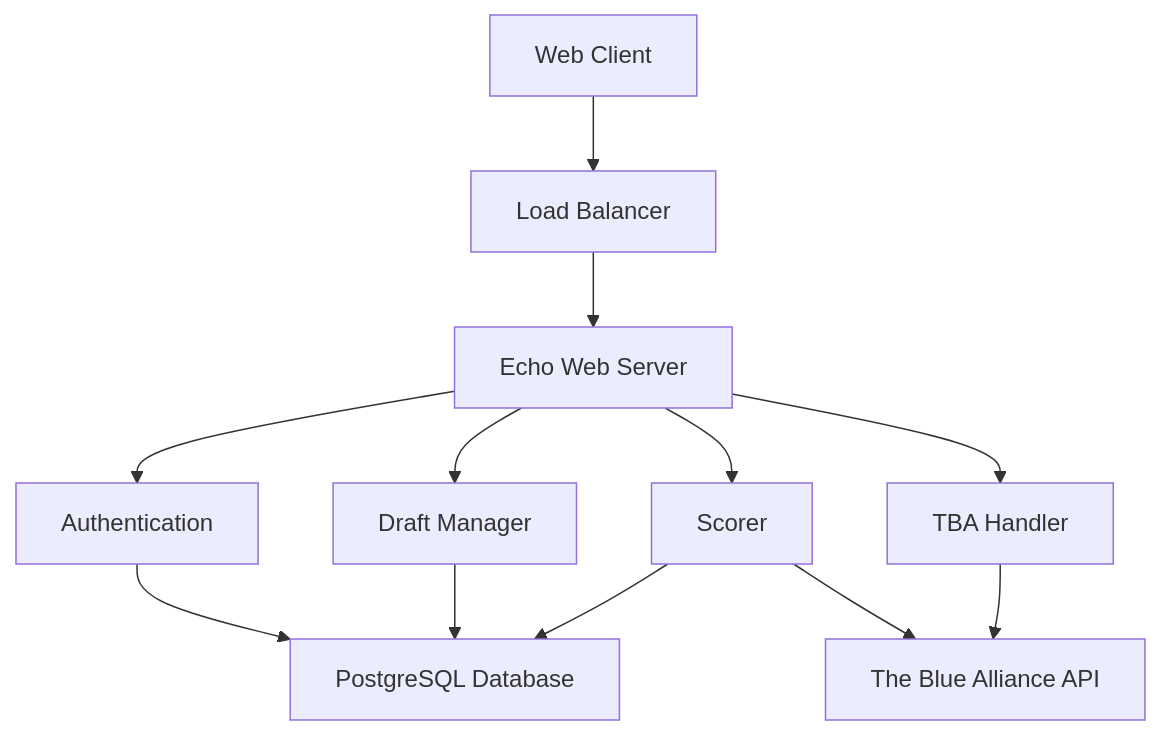
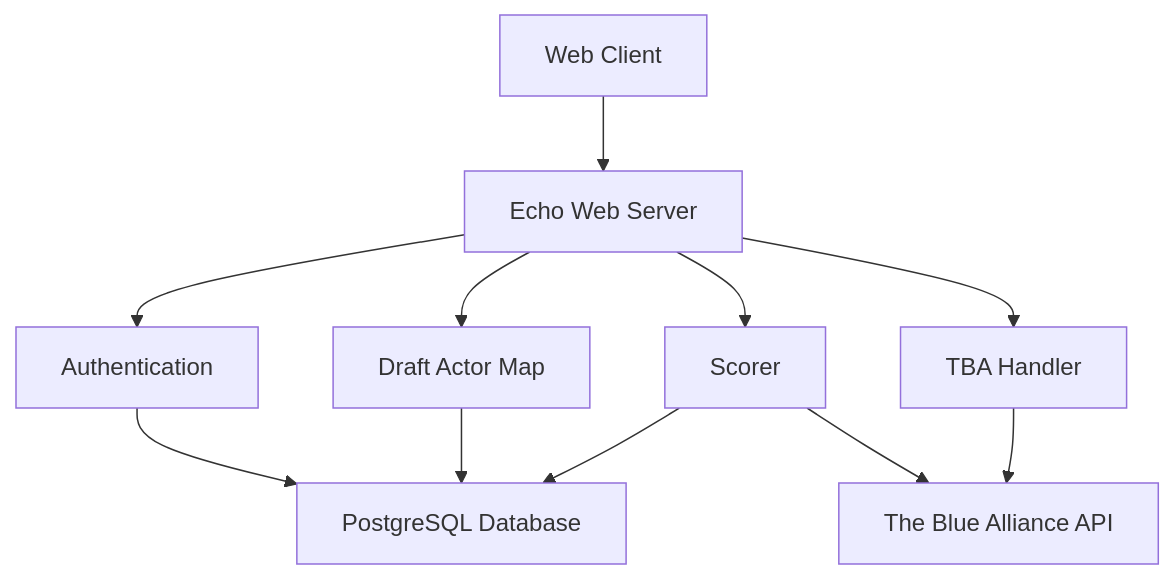
The diagram in docs/README.md (squirlemaster42/fantasy-frc-web), drawn with Mermaid before and after one commit. The commit also changed other lines of this file and 28 other files, not shown here.

````diff
--- a/docs/README.md
+++ b/docs/README.md
@@ -53,14 +54,13 @@
 ```mermaid
 graph TD
-    A[Web Client] --> B[Load Balancer]
-    B --> C[Echo Web Server]
-    C --> D[Authentication]
-    C --> E[Draft Manager]
-    C --> F[Scorer]
-    C --> G[TBA Handler]
-    D --> H[PostgreSQL Database]
+    A[Web Client] --> B[Echo Web Server]
+    B --> C[Authentication]
+    B --> D[Draft Actor Map]
+    B --> E[Scorer]
+    B --> F[TBA Handler]
+    C --> G[PostgreSQL Database]
+    D --> G
+    E --> G
+    F --> H[The Blue Alliance API]
     E --> H
-    F --> H
-    G --> I[The Blue Alliance API]
-    F --> I
 ```
````
